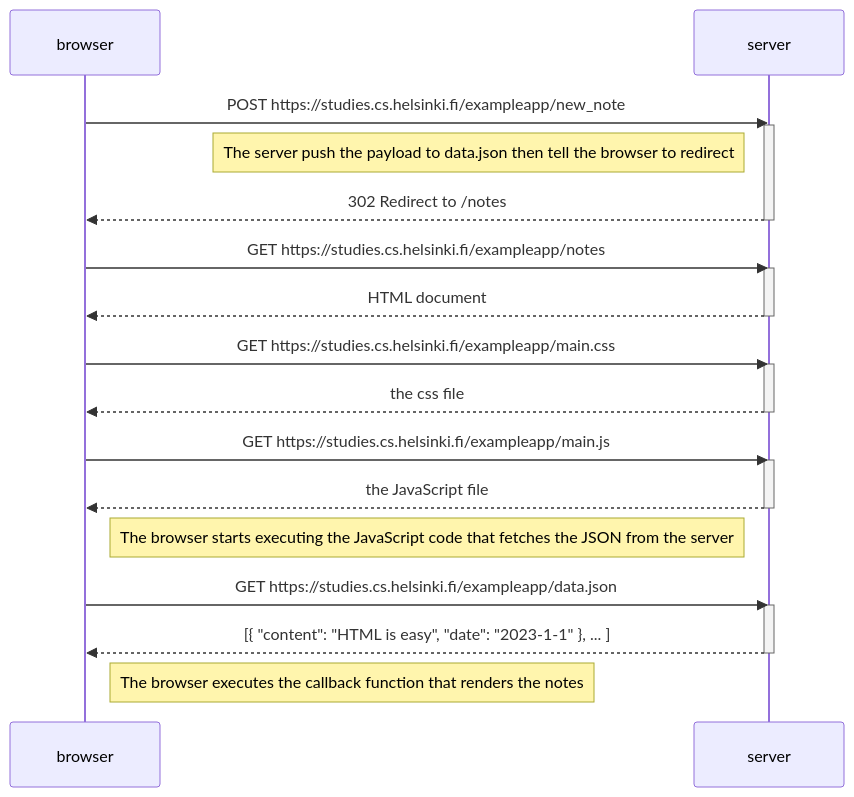
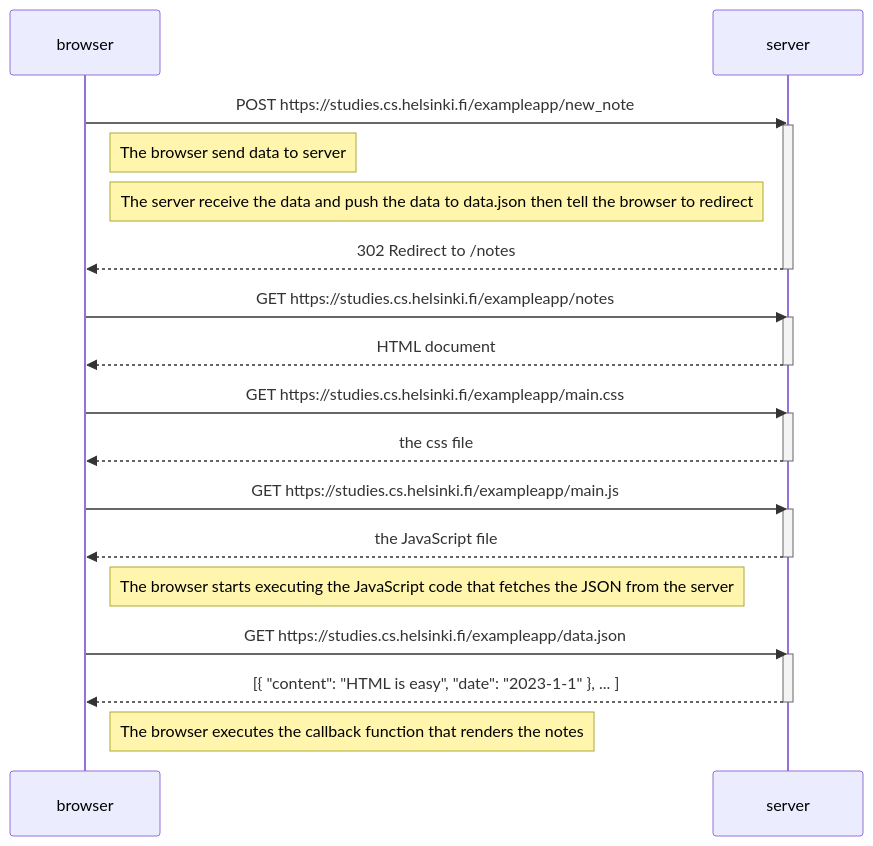
Before and after one commit to ARidwanW/fullstackopen-part-0: the diagram in 0.4-NewNoteDiagram/NewNoteSequenceDiagram.md, drawn with Mermaid.

Commit message:
add note for POST new note in traditional web app diagram

````diff
--- a/0.4-NewNoteDiagram/NewNoteSequenceDiagram.md
+++ b/0.4-NewNoteDiagram/NewNoteSequenceDiagram.md
@@ -4,35 +4,36 @@
 ```mermaid
 sequenceDiagram
     participant browser
     participant server
 
     browser->>server: POST https://studies.cs.helsinki.fi/exampleapp/new_note
     activate server
-    Note left of server: The server push the payload to data.json then tell the browser to redirect
+    Note right of browser: The browser send data to server
+    Note left of server: The server receive the data and push the data to data.json then tell the browser to redirect
     server-->>browser: 302 Redirect to /notes
     deactivate server
 
     browser->>server: GET https://studies.cs.helsinki.fi/exampleapp/notes
     activate server
     server-->>browser: HTML document
     deactivate server
 
     browser->>server: GET https://studies.cs.helsinki.fi/exampleapp/main.css
     activate server
     server-->>browser: the css file
     deactivate server
 
     browser->>server: GET https://studies.cs.helsinki.fi/exampleapp/main.js
     activate server
     server-->>browser: the JavaScript file
     deactivate server
 
     Note right of browser: The browser starts executing the JavaScript code that fetches the JSON from the server
 
     browser->>server: GET https://studies.cs.helsinki.fi/exampleapp/data.json
     activate server
     server-->>browser: [{ "content": "HTML is easy", "date": "2023-1-1" }, ... ]
     deactivate server
 
     Note right of browser: The browser executes the callback function that renders the notes
 ```
````
